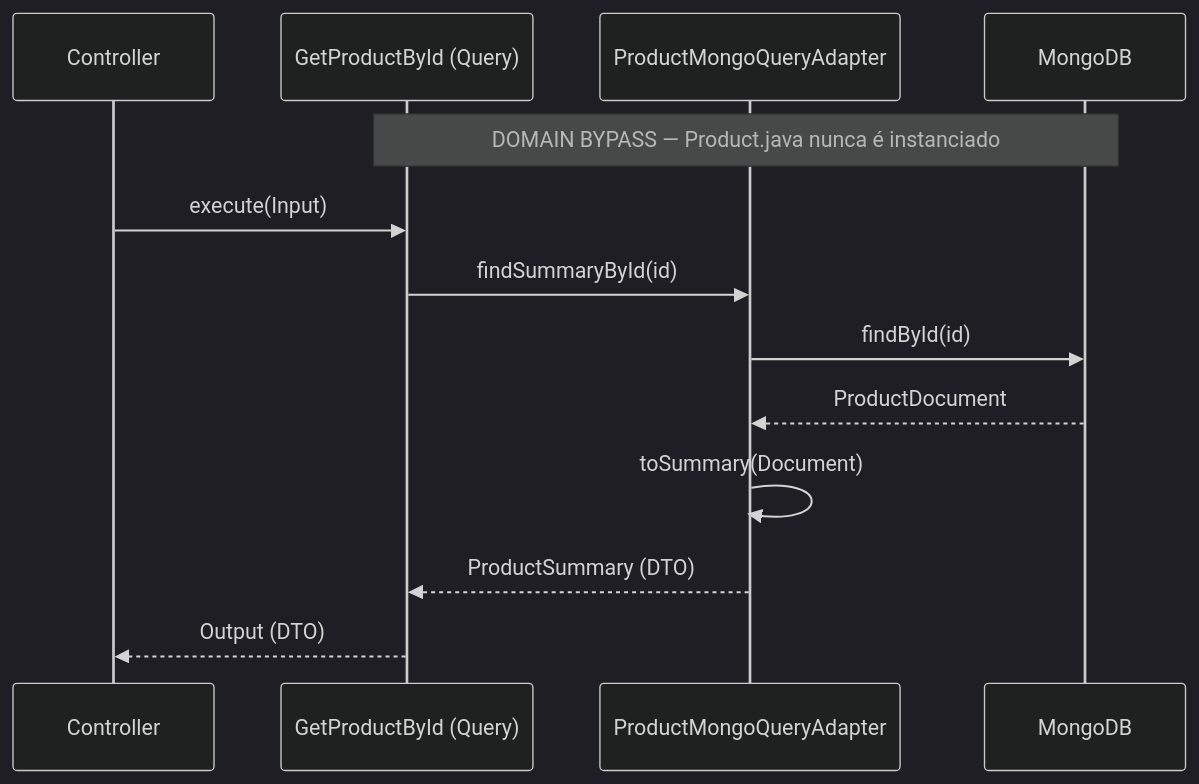
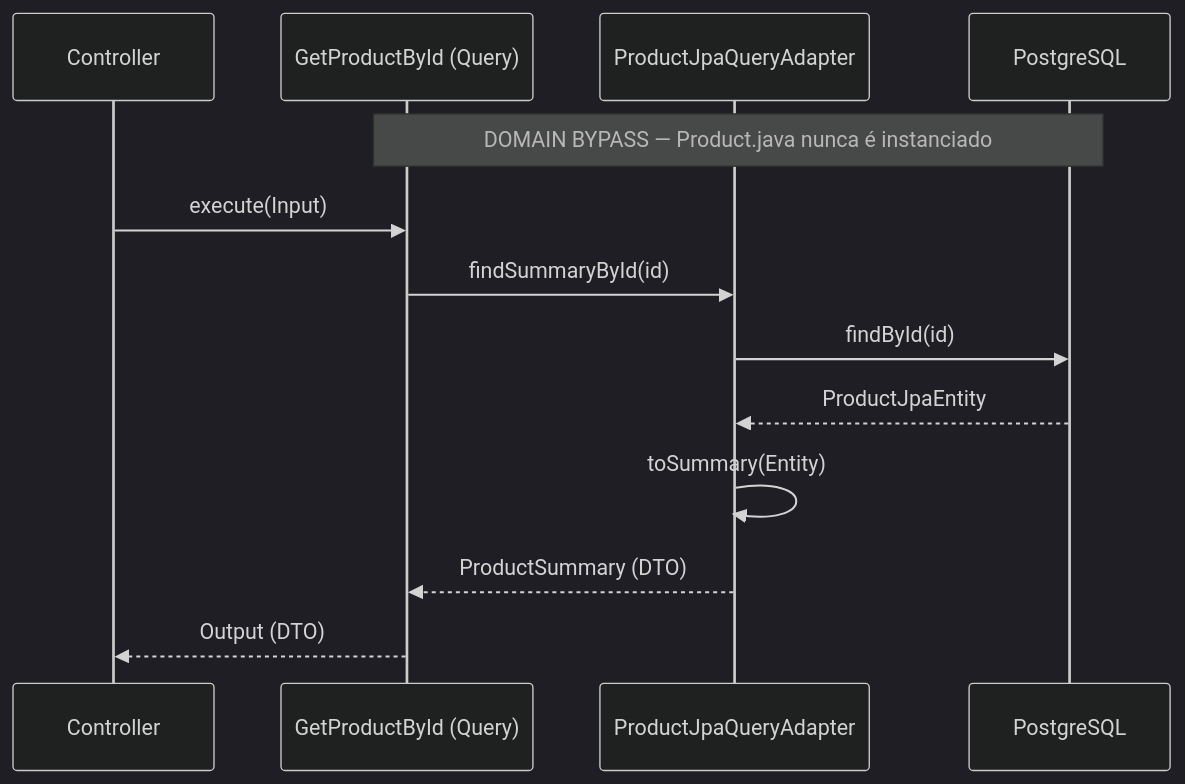
One commit to wallanpsantos/ms-product-catalog changed the second of 11 diagrams in README.md. Above: the diagram before and after it, drawn with Mermaid (dark theme). The commit also changed other lines of this file and 7 other files, not shown here.

First line of the commit message:
docs: atualiza documentação para refletir migração de MongoDB para PostgreSQL

````diff
--- a/README.md
+++ b/README.md
@@ -309,15 +309,15 @@
 ```mermaid
 sequenceDiagram
     participant API as Controller
     participant UC as GetProductById (Query)
-    participant GW as ProductMongoQueryAdapter
-    participant DB as MongoDB
+    participant GW as ProductJpaQueryAdapter
+    participant DB as PostgreSQL
     Note over UC, DB: DOMAIN BYPASS — Product.java nunca é instanciado
     API ->> UC: execute(Input)
     UC ->> GW: findSummaryById(id)
     GW ->> DB: findById(id)
-    DB -->> GW: ProductDocument
-    GW ->> GW: toSummary(Document)
+    DB -->> GW: ProductJpaEntity
+    GW ->> GW: toSummary(Entity)
     GW -->> UC: ProductSummary (DTO)
     UC -->> API: Output (DTO)
 ```
````
